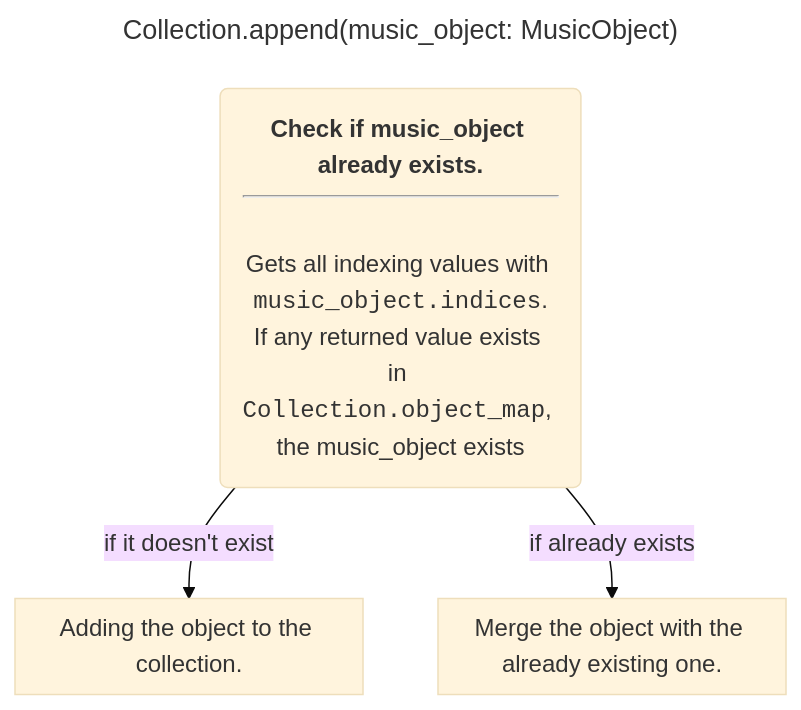
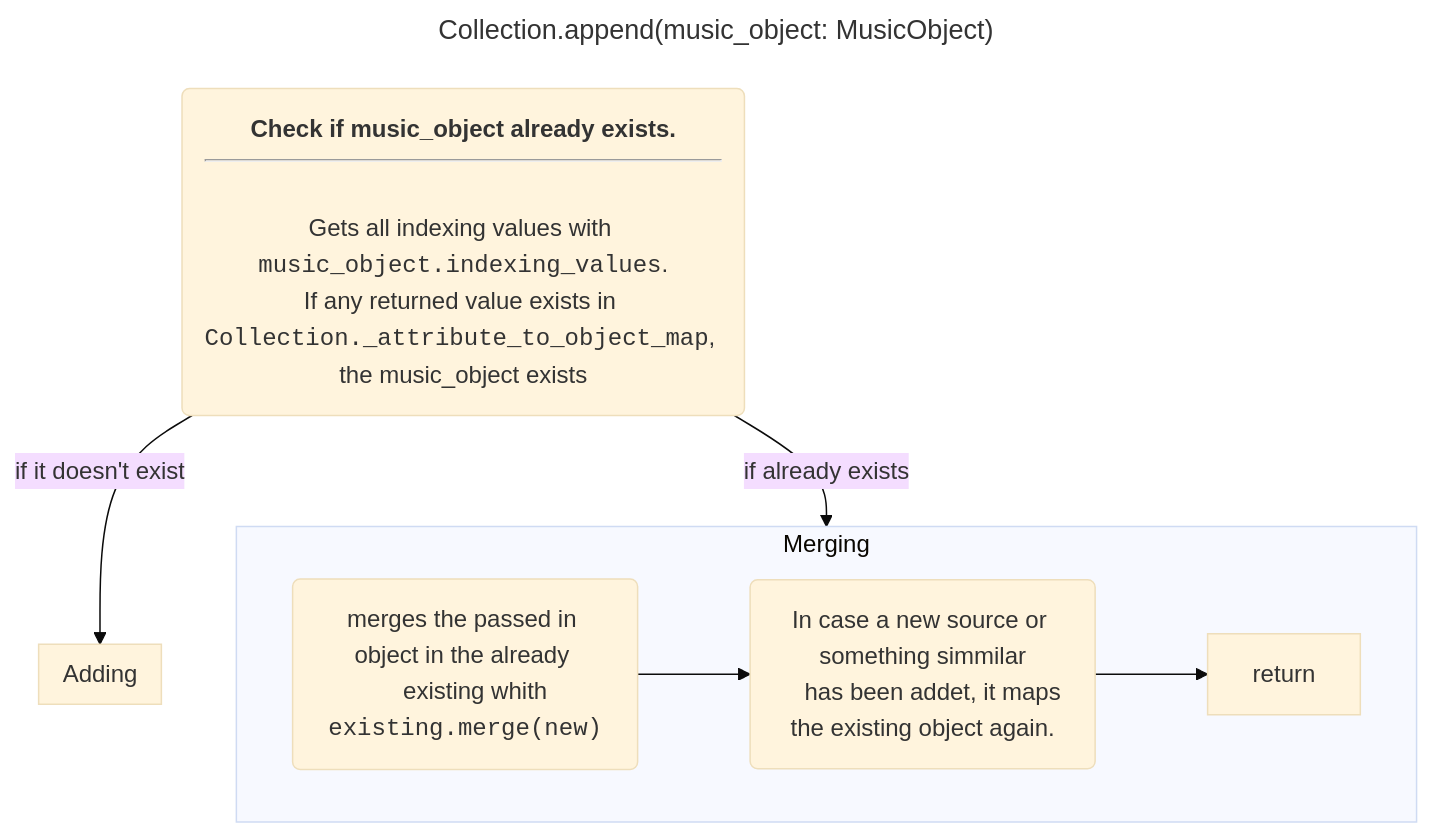
Before and after one commit to HeIIow2/music-downloader: the fourth of 4 diagrams in README.md, drawn with Mermaid (base theme). The commit also changed other lines of this file and 1 other file, not shown here.

Commit message:
flow chart

````diff
--- a/README.md
+++ b/README.md
@@ -301,22 +301,35 @@
 ```mermaid
 ---
 title: "Collection.append(music_object: MusicObject)"
 ---
 flowchart TD
     exist("""
 <b>Check if music_object already exists.</b>
 <hr>
-Gets all indexing values with <code>music_object.indices</code>.
-If any returned value exists in <code>Collection.object_map</code>, 
+Gets all indexing values with <code>music_object.indexing_values</code>.
+If any returned value exists in <code>Collection._attribute_to_object_map</code>, 
 the music_object exists
     """)
 
-    subgraph merge["Merge the object with the already existing one."]
+    subgraph merge["Merging"]
+
+    _merge("""merges the passed in object in the already 
+    existing whith <code>existing.merge(new)</code>""")
+
+    _map("""In case a new source or something simmilar
+    has been addet, it maps the existing object again.
+    """)
+
+    return
+
+    _merge --> _map --> return
+
     end
 
-    subgraph add["Adding the object to the collection."]
+    subgraph add["Adding"]
+
     end
 
     exist-->|"if it doesn't exist"|add
     exist-->|"if already exists"|merge
 ```
````
